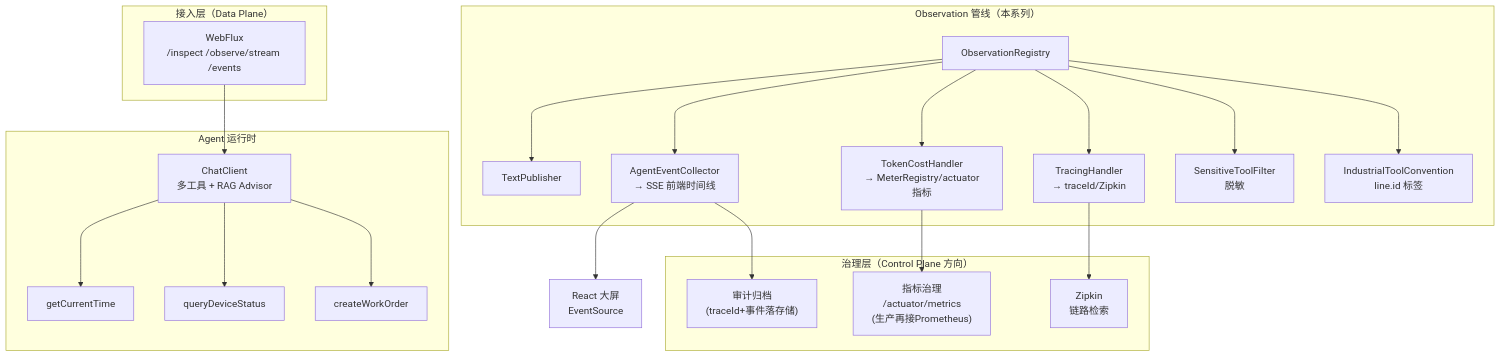
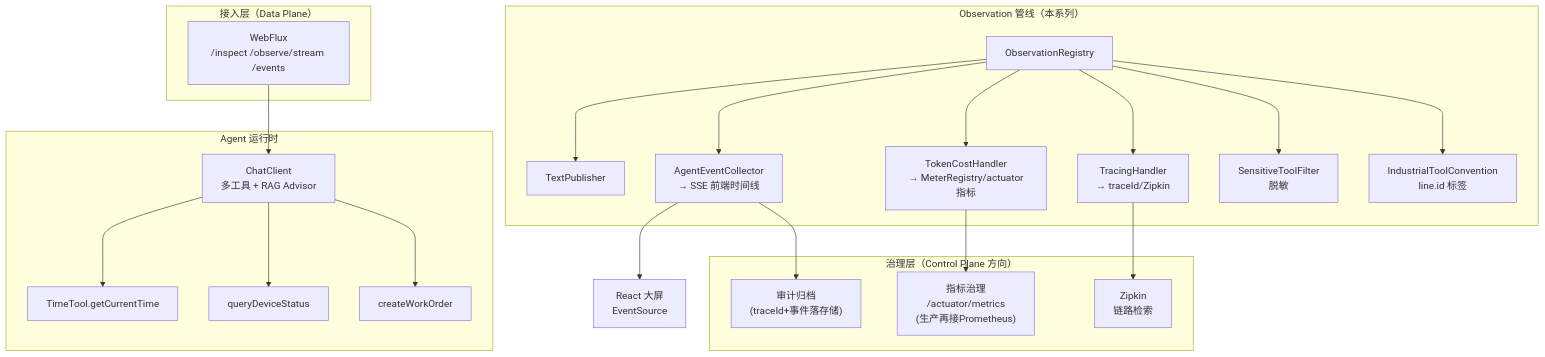
Before and after one commit to UranusGit/java-agent-learn: the first of 2 diagrams in docs/附录/18-Observation/11-综合实战：工业巡检Agent可观测闭环.md, drawn with Mermaid. The commit also changed other lines of this file and 7 other files, not shown here.

First line of the commit message:
时间工具独立为 TimeTool 类

````diff
--- a/docs/附录/18-Observation/11-综合实战：工业巡检Agent可观测闭环.md
+++ b/docs/附录/18-Observation/11-综合实战：工业巡检Agent可观测闭环.md
@@ -17,32 +17,32 @@
 ```mermaid
 graph TB
     subgraph 接入层["接入层（Data Plane）"]
         HTTP["WebFlux<br/>/inspect /observe/stream /events"]
     end
     subgraph Agent层["Agent 运行时"]
         CC["ChatClient<br/>多工具 + RAG Advisor"]
-        T0["getCurrentTime"]
+        T0["TimeTool.getCurrentTime"]
         T1["queryDeviceStatus"]
         T2["createWorkOrder"]
         CC --> T0 & T1 & T2
     end
     subgraph 观测管线["Observation 管线（本系列）"]
         R["ObservationRegistry"]
         R --> H1["TextPublisher"]
         R --> H2["AgentEventCollector<br/>→ SSE 前端时间线"]
         R --> H3["TokenCostHandler<br/>→ MeterRegistry/actuator指标"]
         R --> H4["TracingHandler<br/>→ traceId/Zipkin"]
         R --> F["SensitiveToolFilter<br/>脱敏"]
         R --> CV["IndustrialToolConvention<br/>line.id 标签"]
     end
     subgraph 治理层["治理层（Control Plane 方向）"]
         G["指标治理<br/>/actuator/metrics<br/>(生产再接Prometheus)"]
         Z["Zipkin<br/>链路检索"]
         A["审计归档<br/>(traceId+事件落存储)"]
     end
     HTTP --> CC
     H2 --> FE["React 大屏<br/>EventSource"]
     H3 --> G
     H4 --> Z
     H2 --> A
 ```
````
